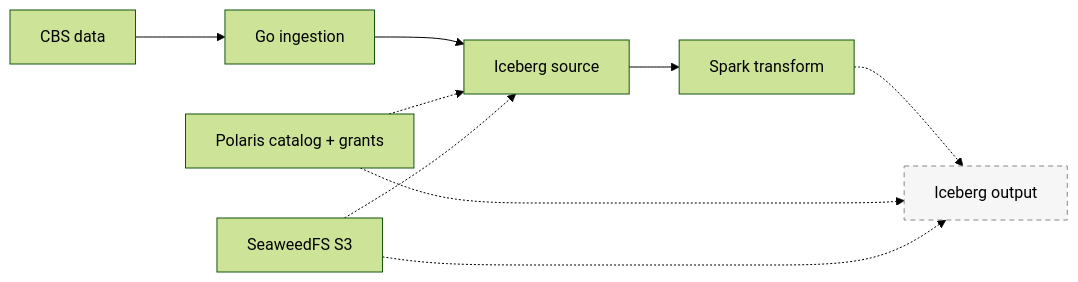
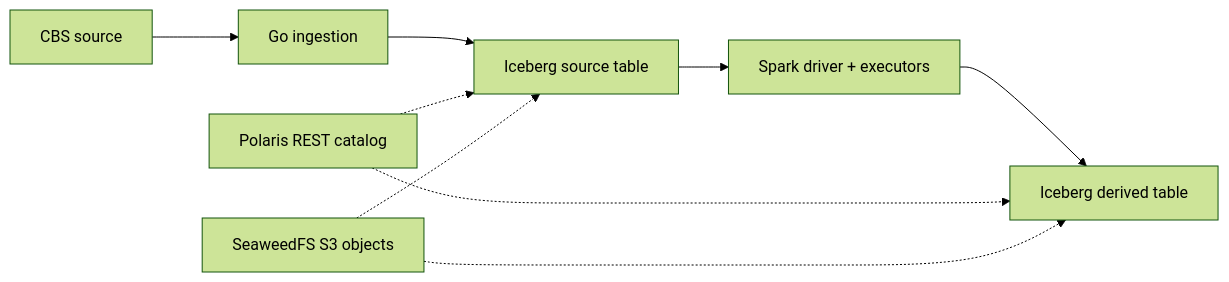
The fourth of 8 diagrams in content/blog/opendp-kubernetes-paved-paths/article.md (MrDaggubati/infer-blog), drawn with Mermaid (forest theme) before and after one commit. The commit also changed other lines of this file and 11 other files, not shown here.

````diff
--- a/content/blog/opendp-kubernetes-paved-paths/article.md
+++ b/content/blog/opendp-kubernetes-paved-paths/article.md
@@ -105,13 +148,11 @@
 ```mermaid
 flowchart LR
-    CBS["CBS data"] --> GO["Go ingestion"]
-    GO --> SRC["Iceberg source"]
-    SRC --> SP["Spark transform"]
-    SP -.-> OUT["Iceberg output"]
-    POL["Polaris catalog + grants"] -.-> SRC
-    POL -.-> OUT
-    S3["SeaweedFS S3"] -.-> SRC
-    S3 -.-> OUT
-    classDef pending stroke-dasharray:5 4,stroke:#888,fill:#f6f6f6
-    class OUT pending
+    INPUT["CBS source"] --> INGEST["Go ingestion"]
+    INGEST --> SOURCE["Iceberg source table"]
+    SOURCE --> SPARK["Spark driver + executors"]
+    SPARK --> RESULT["Iceberg derived table"]
+    POL["Polaris REST catalog"] -.-> SOURCE
+    POL -.-> RESULT
+    S3["SeaweedFS S3 objects"] -.-> SOURCE
+    S3 -.-> RESULT
 ```
````
